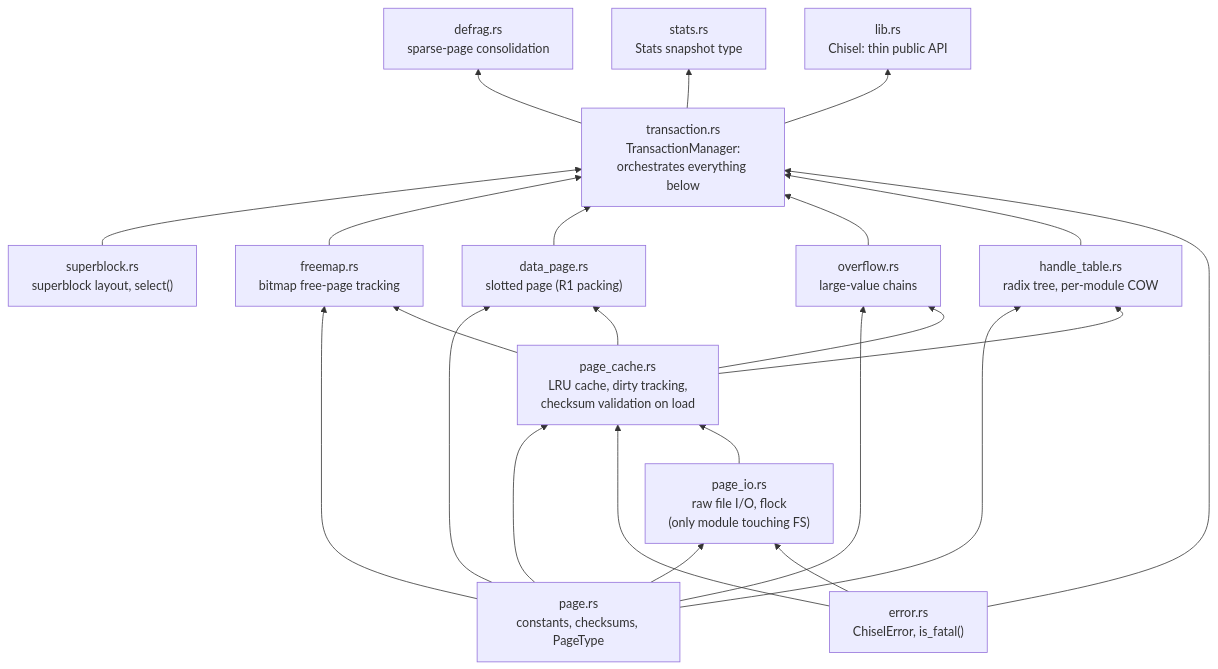
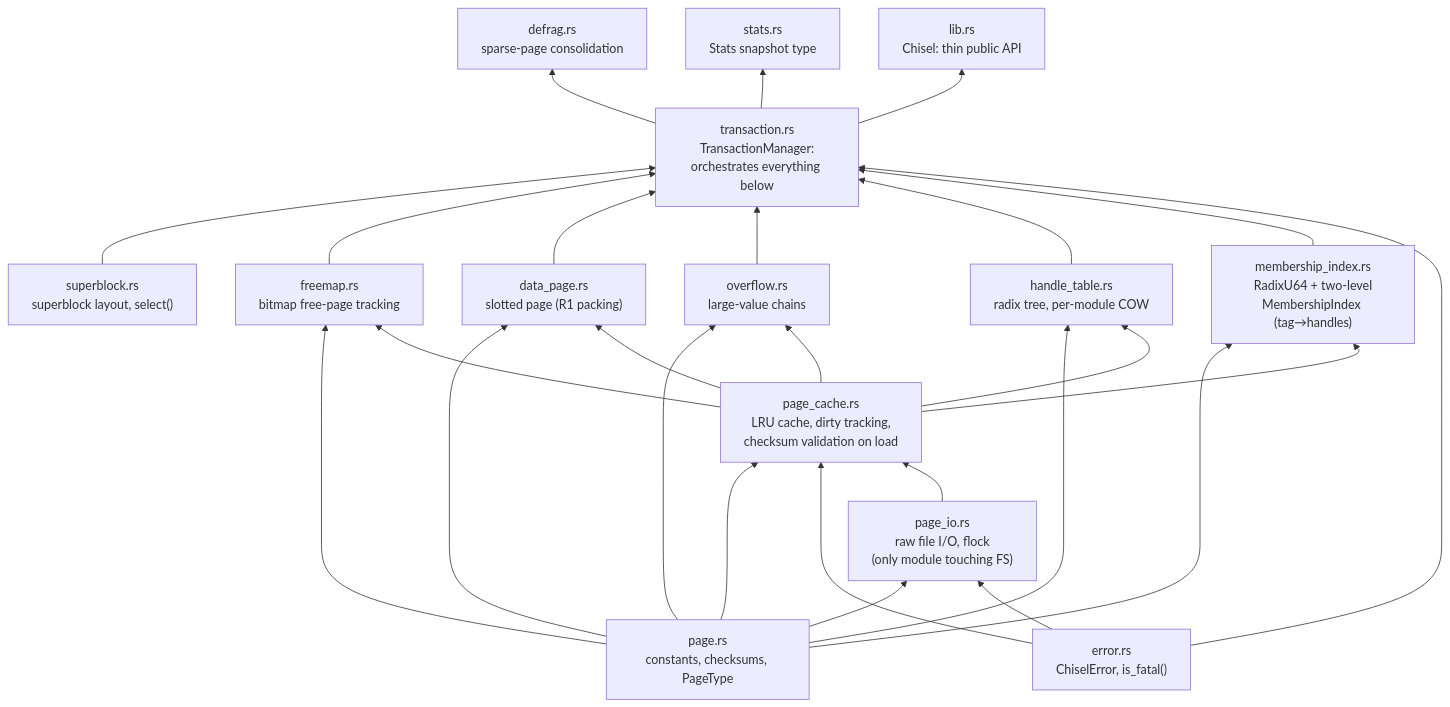
Before and after one commit to pgexperts/chisel: the first of 4 diagrams in ARCHITECTURE.md, drawn with Mermaid. The commit also changed other lines of this file and 2 other files, not shown here.

First line of the commit message:
docs: reflect chunk-tags API in README, python/README, ARCHITECTURE

````diff
--- a/ARCHITECTURE.md
+++ b/ARCHITECTURE.md
@@ -53,39 +53,43 @@
 ```mermaid
 flowchart BT
     page["page.rs<br/>constants, checksums, PageType"]
     error["error.rs<br/>ChiselError, is_fatal()"]
     superblock["superblock.rs<br/>superblock layout, select()"]
     page_io["page_io.rs<br/>raw file I/O, flock<br/>(only module touching FS)"]
     page_cache["page_cache.rs<br/>LRU cache, dirty tracking,<br/>checksum validation on load"]
     freemap["freemap.rs<br/>bitmap free-page tracking"]
     data_page["data_page.rs<br/>slotted page (R1 packing)"]
     overflow["overflow.rs<br/>large-value chains"]
     handle_table["handle_table.rs<br/>radix tree, per-module COW"]
+    membership_index["membership_index.rs<br/>RadixU64 + two-level<br/>MembershipIndex (tag→handles)"]
     transaction["transaction.rs<br/>TransactionManager:<br/>orchestrates everything below"]
     defrag["defrag.rs<br/>sparse-page consolidation"]
     stats["stats.rs<br/>Stats snapshot type"]
     lib["lib.rs<br/>Chisel: thin public API"]
 
     page --> page_io
     error --> page_io
     page --> page_cache
     error --> page_cache
     page_io --> page_cache
     page --> freemap
     page --> data_page
     page --> overflow
     page --> handle_table
+    page --> membership_index
     page_cache --> freemap
     page_cache --> data_page
     page_cache --> overflow
     page_cache --> handle_table
+    page_cache --> membership_index
     superblock --> transaction
     freemap --> transaction
     data_page --> transaction
     overflow --> transaction
     handle_table --> transaction
+    membership_index --> transaction
     error --> transaction
     transaction --> defrag
     transaction --> stats
     transaction --> lib
 ```
````
